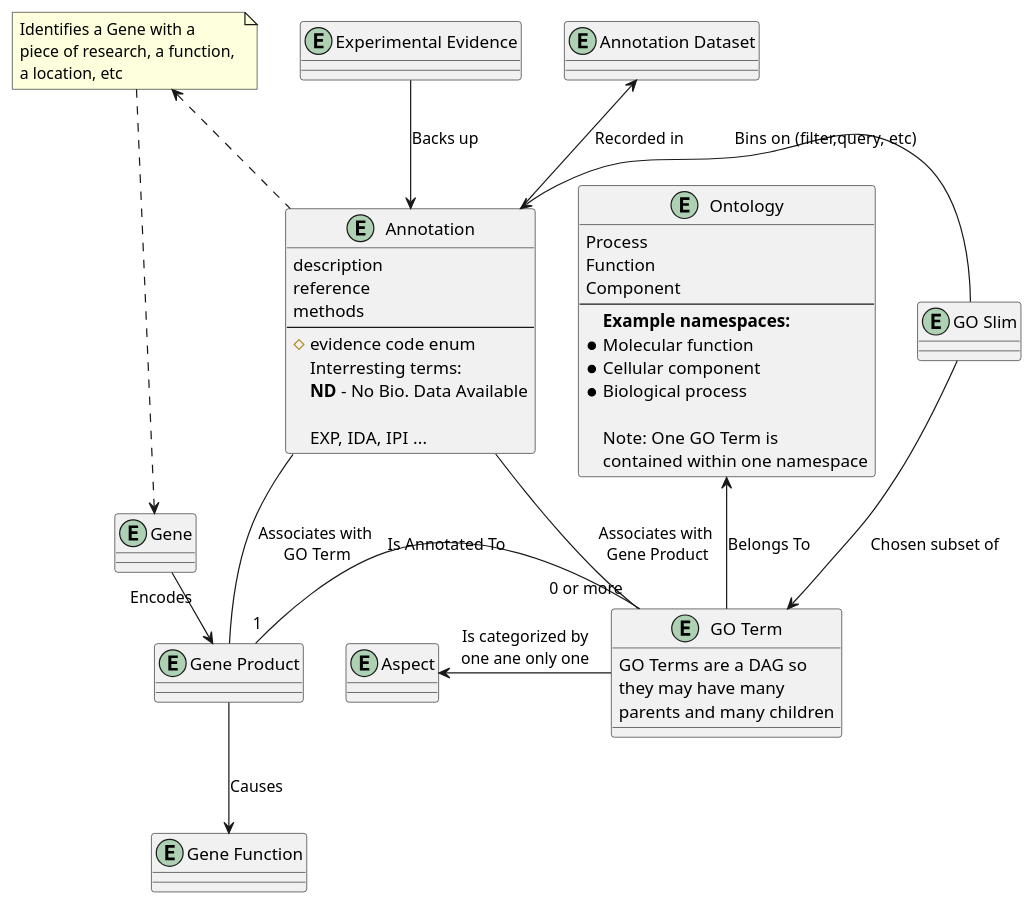
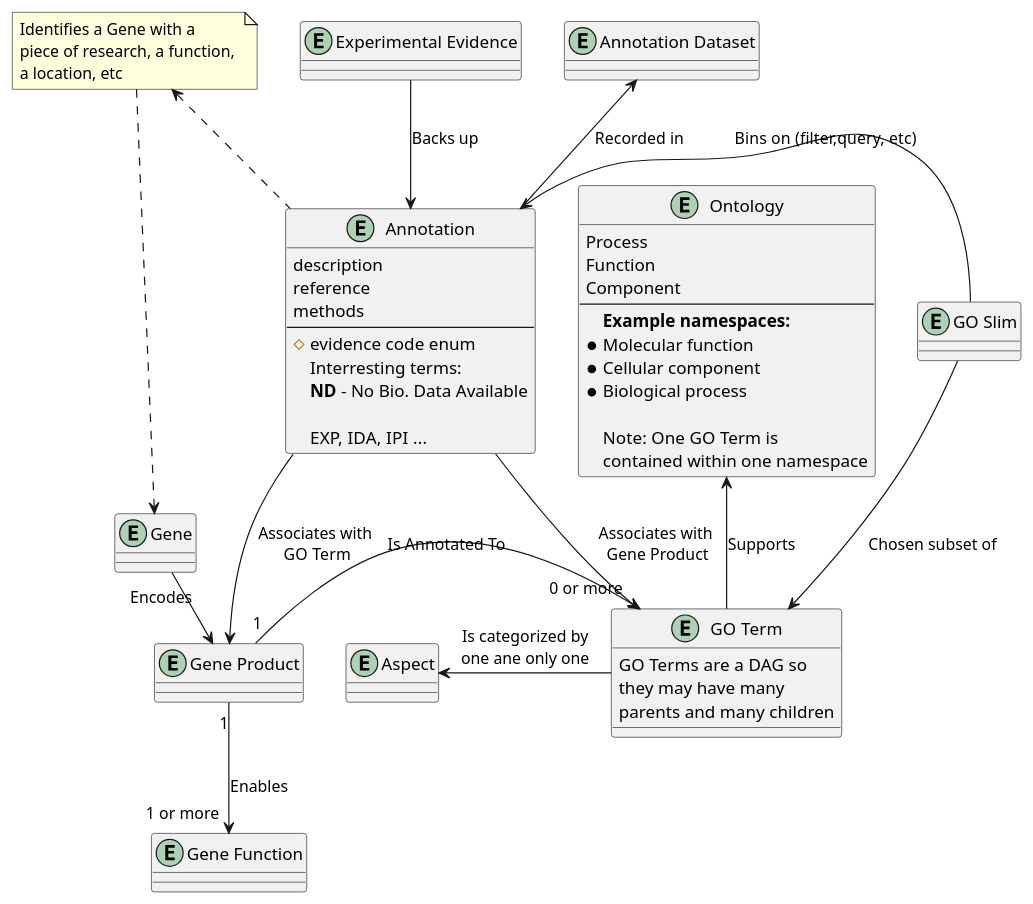
The diagram in assets/domain_model.plantuml (jshearer/PhoeBio-Website), drawn with PlantUML before and after one commit. The commit also changed 1 other file, not shown here.

```diff
--- a/assets/domain_model.plantuml
+++ b/assets/domain_model.plantuml
@@ -1,79 +1,94 @@
 @startuml domain model
 
 entity Ontology {
   Process
   Function
   Component
   --
   **Example namespaces:**
   * Molecular function
   * Cellular component
   * Biological process
   
   Note: One GO Term is \ncontained within one namespace
 }
 
 entity "GO Term" as Term {
   GO Terms are a DAG so
   they may have many
   parents and many children
 }
 
 entity "Gene Product" as GeneProduct {
 
 }
 
 entity Annotation {
   description
   reference
   methods
   --
   # evidence code enum  
     Interresting terms:
     **ND** - No Bio. Data Available
 
     EXP, IDA, IPI ...
 }
 
 entity Gene {
 
 }
 
 entity "Gene Function" as GeneFunction {
 
 }
 
 entity "GO Slim" as Slim {
 
 }
 
 entity "Annotation Dataset" as ADS {
 
 }
 
 entity "Experimental Evidence" as Evidence{
   
 }
 
 entity Aspect {
 
 }
 
 Note "Identifies a Gene with a \npiece of research, a function, \na location, etc" as N1
 
-Ontology<-down-Term: Belongs To
-Term-up-Annotation: "Associates with \nGene Product"
-Term "0 or more" -left- "1" GeneProduct: Is Annotated To
+Ontology<-down-Term: Supports
+Annotation-down->Term: "Associates with \nGene Product"
+GeneProduct "1" -right-> "0 or more" Term: Is Annotated To
 Gene-right->GeneProduct: Encodes
-Annotation--GeneProduct: "Associates with \nGO Term"
-GeneProduct-->GeneFunction: Causes
+Annotation-->GeneProduct: "Associates with \nGO Term"
+GeneProduct "1" --> "1 or more" GeneFunction: Enables
 Slim-->Term: Chosen subset of
 Slim-left->Annotation: Bins on (filter,query, etc)
 Annotation-up->ADS: Recorded in
 Evidence-->Annotation: Backs up
 N1<..Annotation
 N1..>Gene
 ' Term-->Term: Related to
 Aspect<-right-Term: "Is categorized by\none ane only one"
 
+' Ontology<-down-Term: Supports
+' Annotation-down->Term: "Associates with \nGene Product""
+' Term "0 or more" <-left- "1" GeneProduct: Is Annotated To
+' Gene-right->GeneProduct: Encodes
+' Annotation-->GeneProduct: "Associates with \nGO Term"
+' GeneProduct "1" --> "1 or more" GeneFunction: Enables
+' Slim-->Term: Chosen subset of
+' Slim-left->Annotation: Bins on (filter,query, etc)
+' Annotation-up->ADS: Recorded in
+' Evidence-->Annotation: Backs up
+' N1<..Annotation
+' N1..>Gene
+' ' Term-->Term: Related to
+' Aspect<-right-Term: "Is categorized by\none ane only one"
+
 @enduml
```
